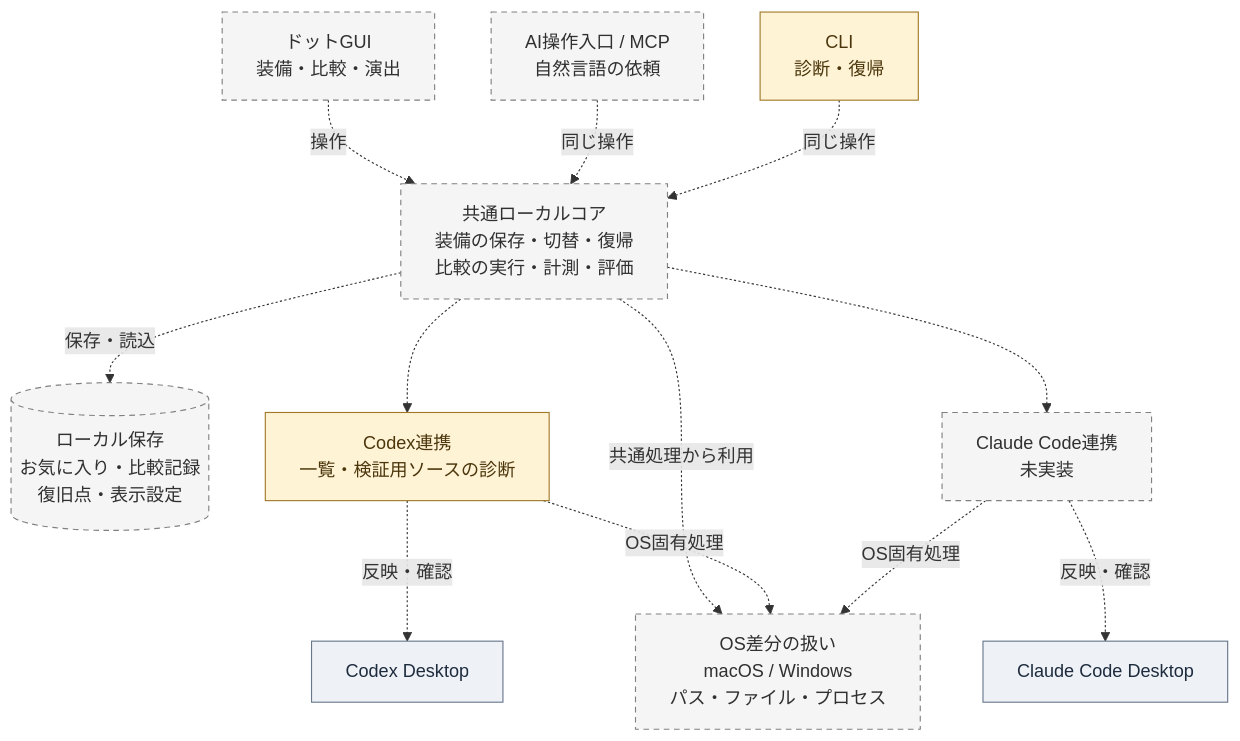
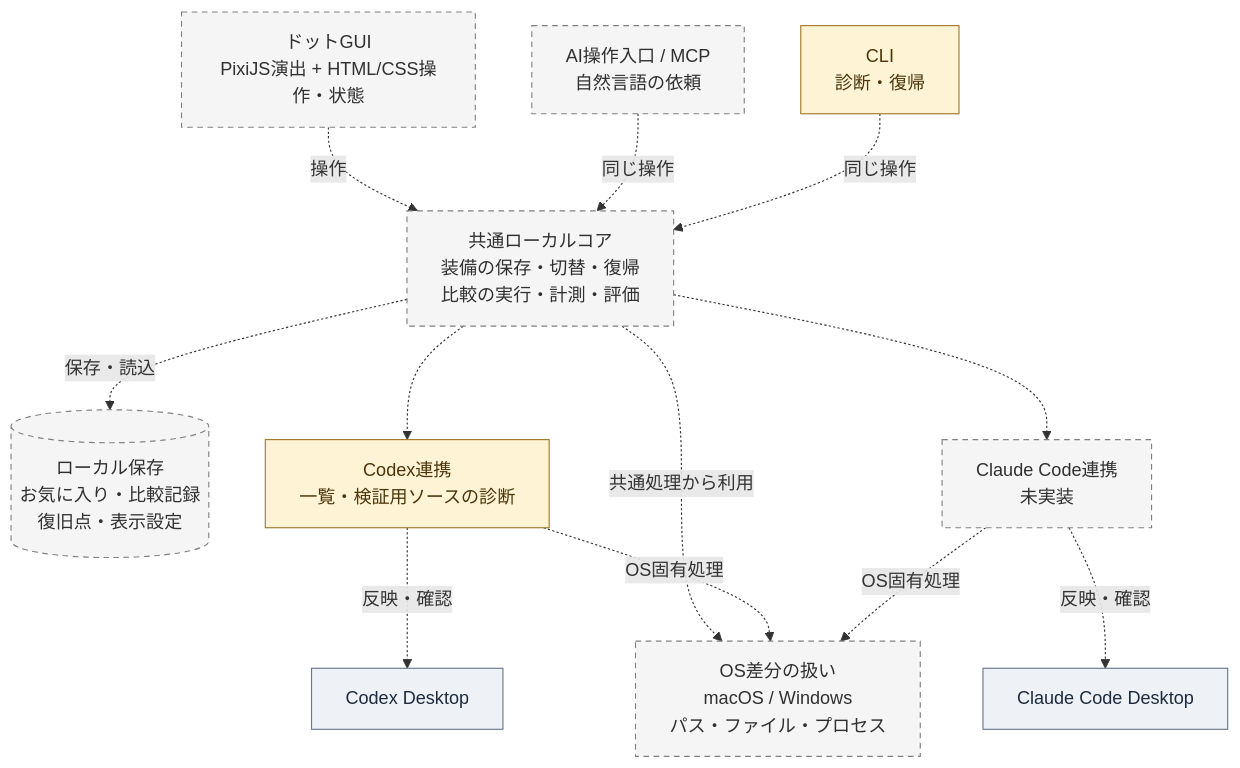
Before and after one commit to NemuKei/unharness: the second of 2 diagrams in docs/architecture.md, drawn with Mermaid. The commit also changed other lines of this file and 9 other files, not shown here.

````diff
--- a/docs/architecture.md
+++ b/docs/architecture.md
@@ -64,30 +64,30 @@
 ```mermaid
 flowchart TB
-  UI["ドットGUI<br/>装備・比較・演出"]
+  UI["ドットGUI<br/>PixiJS演出 + HTML/CSS操作・状態"]
   MCP["AI操作入口 / MCP<br/>自然言語の依頼"]
   CLI["CLI<br/>診断・復帰"]
   Core["共通ローカルコア<br/>装備の保存・切替・復帰<br/>比較の実行・計測・評価"]
   Store[("ローカル保存<br/>お気に入り・比較記録<br/>復旧点・表示設定")]
   CodexAdapter["Codex連携<br/>一覧・検証用ソースの診断"]
   ClaudeAdapter["Claude Code連携<br/>未実装"]
   Platform["OS差分の扱い<br/>macOS / Windows<br/>パス・ファイル・プロセス"]
   CodexApp["Codex Desktop"]
   ClaudeApp["Claude Code Desktop"]
   UI -.->|"操作"| Core
   MCP -.->|"同じ操作"| Core
   CLI -.->|"同じ操作"| Core
   Core -.->|"保存・読込"| Store
   Core -.-> CodexAdapter
   Core -.-> ClaudeAdapter
   Core -.->|"共通処理から利用"| Platform
   CodexAdapter -.->|"反映・確認"| CodexApp
   ClaudeAdapter -.->|"反映・確認"| ClaudeApp
   CodexAdapter -.->|"OS固有処理"| Platform
   ClaudeAdapter -.->|"OS固有処理"| Platform
   classDef planned fill:#f5f5f5,stroke:#808080,color:#303030,stroke-dasharray:5 4
   classDef partial fill:#fff3d6,stroke:#a17929,color:#4b360b
   classDef external fill:#eef2f7,stroke:#68778c,color:#1d2b3d
   class UI,MCP,Core,Store,Platform,ClaudeAdapter planned
   class CLI,CodexAdapter partial
   class CodexApp,ClaudeApp external
 ```
````
